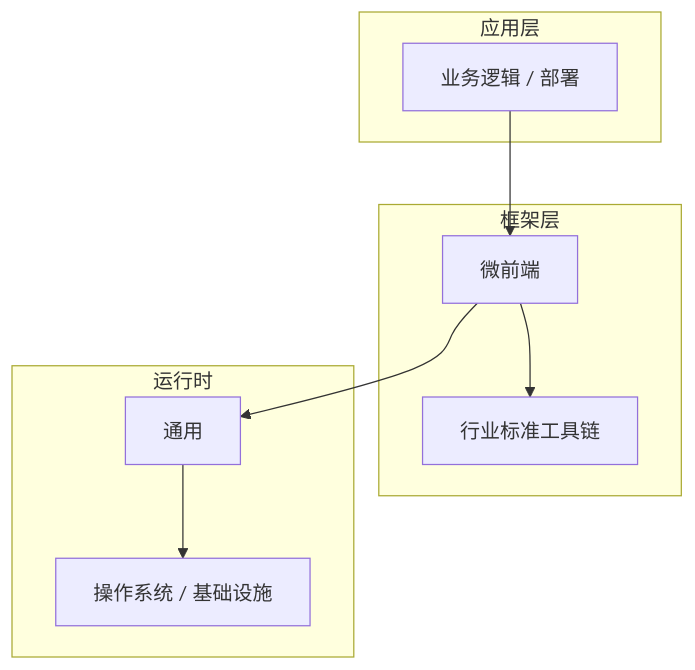
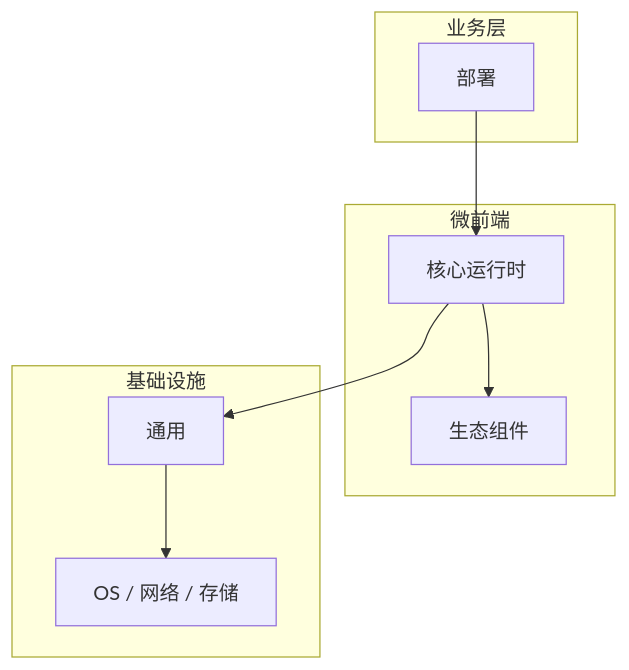
One commit to yanggan2015/knowledge-json-v2 changed the diagram in articles/微前端/chapters/066-部署核心概念与原理.md. Above: the diagram before and after it, drawn with Mermaid. The commit also changed other lines of this file and 10127 other files, not shown here.

````diff
--- a/articles/微前端/chapters/066-部署核心概念与原理.md
+++ b/articles/微前端/chapters/066-部署核心概念与原理.md
@@ -45,18 +34,18 @@
 ```mermaid
 graph TB
-    subgraph 应用层
-        A[业务逻辑 / 部署]
+    subgraph 业务层
+        A[部署]
     end
-    subgraph 框架层
-        B[微前端]
-        C[行业标准工具链]
+    subgraph 微前端
+        B[核心运行时]
+        C[生态组件]
     end
-    subgraph 运行时
+    subgraph 基础设施
         D[通用]
-        E[操作系统 / 基础设施]
+        E[OS / 网络 / 存储]
     end
     A --> B
     B --> C
     B --> D
     D --> E
 ```
````
